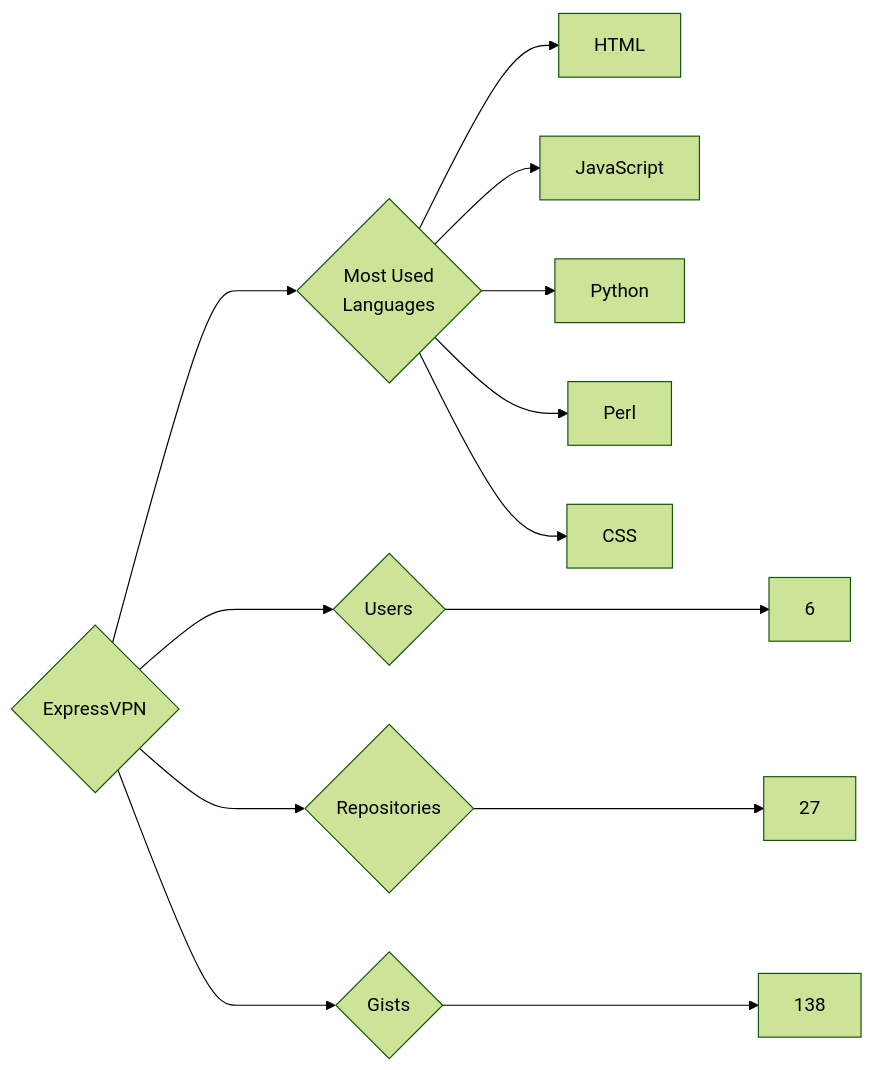
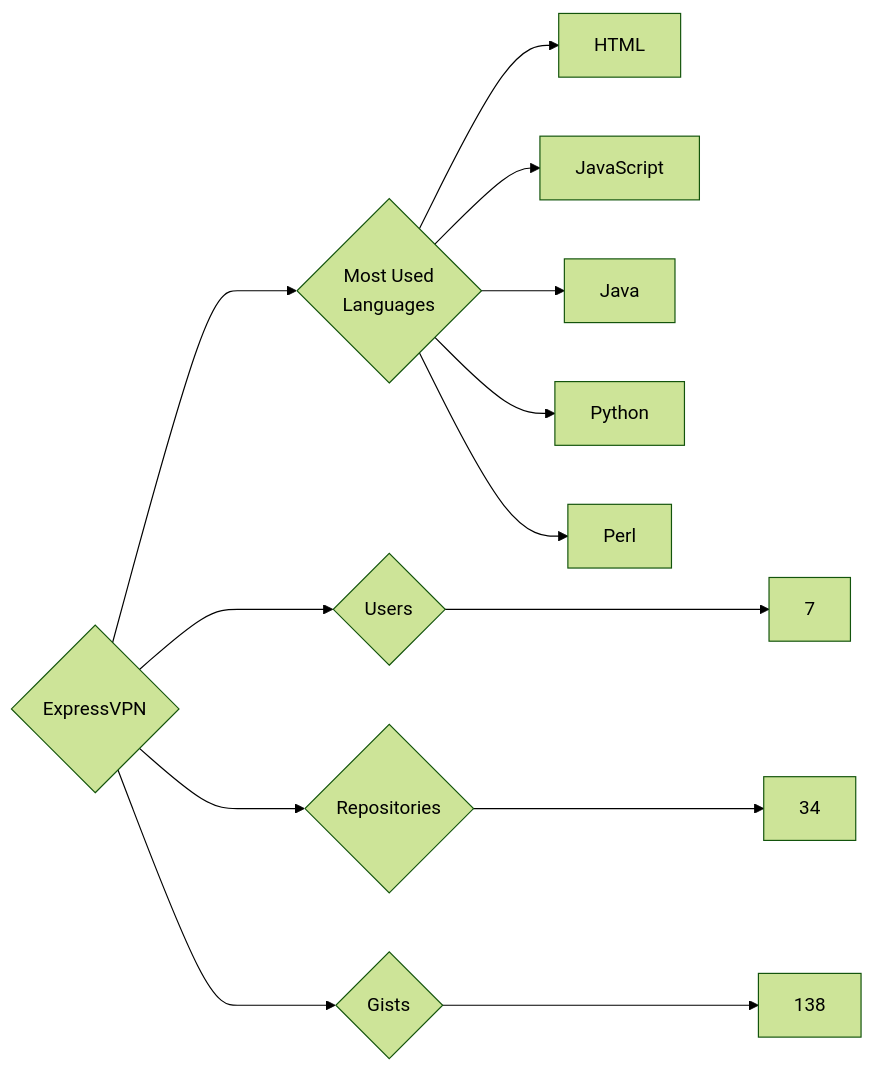
Before and after one commit to trickest/insiders: the diagram in targets/ExpressVPN/README.md, drawn with Mermaid (forest theme). The commit also changed 993 other files, not shown here.

````diff
--- a/targets/ExpressVPN/README.md
+++ b/targets/ExpressVPN/README.md
@@ -3,13 +3,13 @@
 ```mermaid
 graph LR
 COMPANY_NAME{ExpressVPN}
-COMPANY_NAME ---> U{Users} ---> UN[6]
-COMPANY_NAME ---> R{Repositories} ---> RN[27]
+COMPANY_NAME ---> U{Users} ---> UN[7]
+COMPANY_NAME ---> R{Repositories} ---> RN[34]
 COMPANY_NAME ---> G{Gists} ---> GN[138]
 COMPANY_NAME ---> ML{Most Used<br>Languages}
 ML --> HTML[HTML]
 ML --> JavaScript[JavaScript]
+ML --> Java[Java]
 ML --> Python[Python]
 ML --> Perl[Perl]
-ML --> CSS[CSS]
 ```
````
